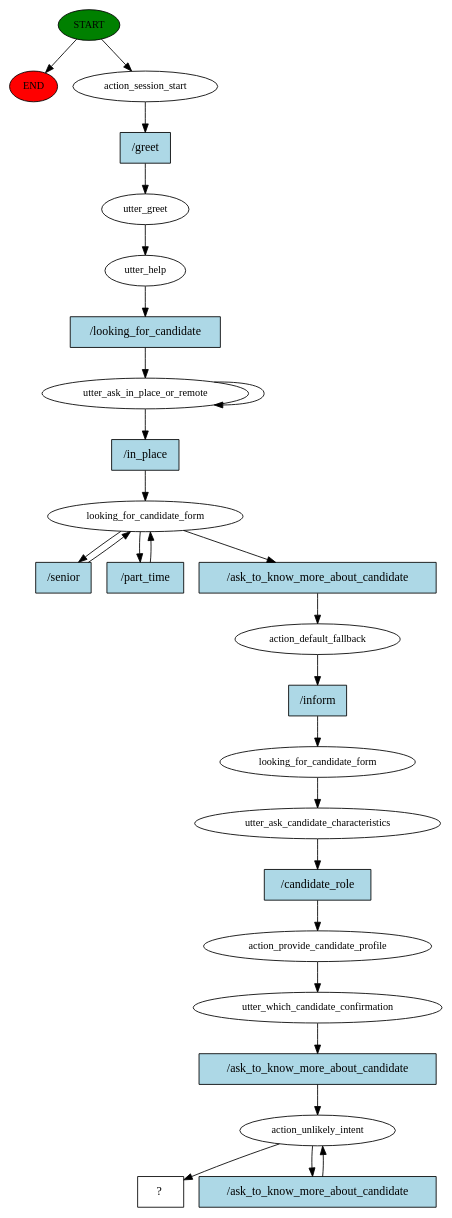
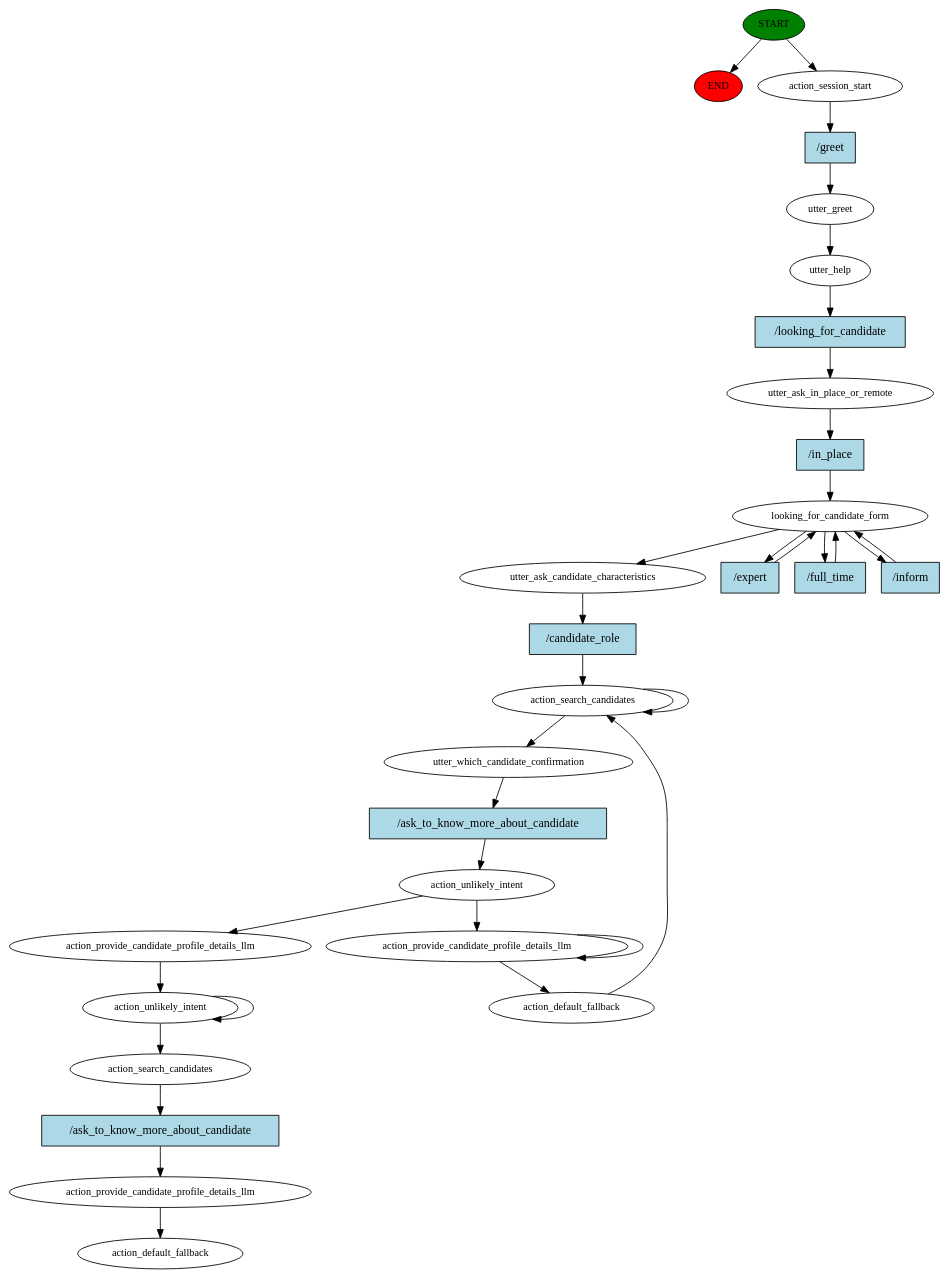
The diagram in src/story_graph.dot (r1cc4r2o/Jobify), drawn with Graphviz before and after one commit. The commit also changed 25 other files, not shown here.

```diff
--- a/src/story_graph.dot
+++ b/src/story_graph.dot
@@ -1,53 +1,62 @@
 digraph  {
 0 [class="start active", fillcolor=green, fontsize=12, label=START, style=filled];
 "-1" [class=end, fillcolor=red, fontsize=12, label=END, style=filled];
 1 [class=active, fontsize=12, label=action_session_start];
 2 [class=active, fontsize=12, label=utter_greet];
 3 [class=active, fontsize=12, label=utter_help];
 4 [class=active, fontsize=12, label=utter_ask_in_place_or_remote];
-6 [class=active, fontsize=12, label=looking_for_candidate_form];
-9 [class=active, fontsize=12, label=action_default_fallback];
-10 [class=active, fontsize=12, label=looking_for_candidate_form];
-11 [class=active, fontsize=12, label=utter_ask_candidate_characteristics];
-12 [class=active, fontsize=12, label=action_provide_candidate_profile];
-13 [class=active, fontsize=12, label=utter_which_candidate_confirmation];
-14 [class=active, fontsize=12, label=action_unlikely_intent];
-17 [class="intent dashed active", label="  ?  ", shape=rect];
-18 [class="intent active", fillcolor=lightblue, label="/greet", shape=rect, style=filled];
-19 [class="intent active", fillcolor=lightblue, label="/looking_for_candidate", shape=rect, style=filled];
-20 [class="intent active", fillcolor=lightblue, label="/in_place", shape=rect, style=filled];
-21 [class="intent active", fillcolor=lightblue, label="/senior", shape=rect, style=filled];
-22 [class="intent active", fillcolor=lightblue, label="/part_time", shape=rect, style=filled];
-23 [class="intent active", fillcolor=lightblue, label="/ask_to_know_more_about_candidate", shape=rect, style=filled];
-24 [class="intent active", fillcolor=lightblue, label="/inform", shape=rect, style=filled];
-25 [class="intent active", fillcolor=lightblue, label="/candidate_role", shape=rect, style=filled];
-26 [class="intent active", fillcolor=lightblue, label="/ask_to_know_more_about_candidate", shape=rect, style=filled];
-27 [class="intent active", fillcolor=lightblue, label="/ask_to_know_more_about_candidate", shape=rect, style=filled];
+5 [class=active, fontsize=12, label=looking_for_candidate_form];
+9 [class=active, fontsize=12, label=utter_ask_candidate_characteristics];
+10 [class=active, fontsize=12, label=action_search_candidates];
+11 [class=active, fontsize=12, label=utter_which_candidate_confirmation];
+12 [class=active, fontsize=12, label=action_unlikely_intent];
+13 [class=active, fontsize=12, label=action_provide_candidate_profile_details_llm];
+15 [class=active, fontsize=12, label=action_default_fallback];
+20 [class=active, fontsize=12, label=action_provide_candidate_profile_details_llm];
+21 [class=active, fontsize=12, label=action_unlikely_intent];
+23 [class=active, fontsize=12, label=action_search_candidates];
+24 [class=active, fontsize=12, label=action_provide_candidate_profile_details_llm];
+25 [class="dashed active", fontsize=12, label=action_default_fallback];
+26 [class="intent active", fillcolor=lightblue, label="/greet", shape=rect, style=filled];
+27 [class="intent active", fillcolor=lightblue, label="/looking_for_candidate", shape=rect, style=filled];
+28 [class="intent active", fillcolor=lightblue, label="/in_place", shape=rect, style=filled];
+29 [class="intent active", fillcolor=lightblue, label="/expert", shape=rect, style=filled];
+30 [class="intent active", fillcolor=lightblue, label="/full_time", shape=rect, style=filled];
+31 [class="intent active", fillcolor=lightblue, label="/inform", shape=rect, style=filled];
+32 [class="intent active", fillcolor=lightblue, label="/candidate_role", shape=rect, style=filled];
+33 [class="intent active", fillcolor=lightblue, label="/ask_to_know_more_about_candidate", shape=rect, style=filled];
+34 [class="intent active", fillcolor=lightblue, label="/ask_to_know_more_about_candidate", shape=rect, style=filled];
 0 -> "-1"  [class="", key=NONE, label=""];
 0 -> 1  [class=active, key=NONE, label=""];
-1 -> 18  [class=active, key=0];
+1 -> 26  [class=active, key=0];
 2 -> 3  [class=active, key=NONE, label=""];
-3 -> 19  [class=active, key=0];
-4 -> 4  [class=active, key=NONE, label=""];
-4 -> 20  [class=active, key=0];
-6 -> 21  [class=active, key=0];
-6 -> 22  [class=active, key=0];
-6 -> 23  [class=active, key=0];
-9 -> 24  [class=active, key=0];
+3 -> 27  [class=active, key=0];
+4 -> 28  [class=active, key=0];
+5 -> 9  [class=active, key=NONE, label=""];
+5 -> 29  [class=active, key=0];
+5 -> 30  [class=active, key=0];
+5 -> 31  [class=active, key=0];
+9 -> 32  [class=active, key=0];
 10 -> 11  [class=active, key=NONE, label=""];
-11 -> 25  [class=active, key=0];
+10 -> 10  [class=active, key=NONE, label=""];
+11 -> 33  [class=active, key=0];
 12 -> 13  [class=active, key=NONE, label=""];
-13 -> 26  [class=active, key=0];
-14 -> 17  [class=active, key=NONE, label=""];
-14 -> 27  [class=active, key=0];
-18 -> 2  [class=active, key=0];
-19 -> 4  [class=active, key=0];
-20 -> 6  [class=active, key=0];
-21 -> 6  [class=active, key=0];
-22 -> 6  [class=active, key=0];
-23 -> 9  [class=active, key=0];
-24 -> 10  [class=active, key=0];
-25 -> 12  [class=active, key=0];
-26 -> 14  [class=active, key=0];
-27 -> 14  [class=active, key=0];
+12 -> 20  [class=active, key=NONE, label=""];
+13 -> 15  [class=active, key=NONE, label=""];
+13 -> 13  [class=active, key=NONE, label=""];
+15 -> 10  [class=active, key=NONE, label=""];
+20 -> 21  [class=active, key=NONE, label=""];
+21 -> 23  [class=active, key=NONE, label=""];
+21 -> 21  [class=active, key=NONE, label=""];
+23 -> 34  [class=active, key=0];
+24 -> 25  [class=active, key=NONE, label=""];
+26 -> 2  [class=active, key=0];
+27 -> 4  [class=active, key=0];
+28 -> 5  [class=active, key=0];
+29 -> 5  [class=active, key=0];
+30 -> 5  [class=active, key=0];
+31 -> 5  [class=active, key=0];
+32 -> 10  [class=active, key=0];
+33 -> 12  [class=active, key=0];
+34 -> 24  [class=active, key=0];
 }
```
